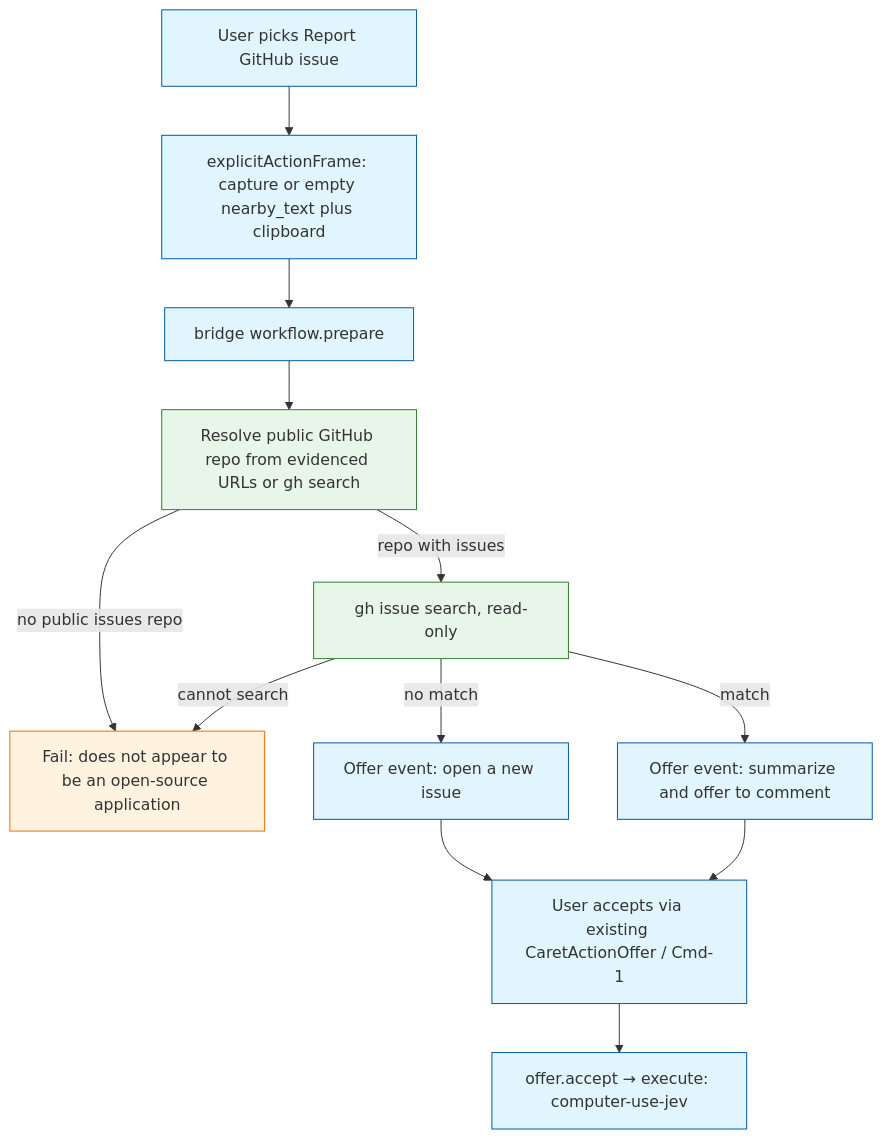
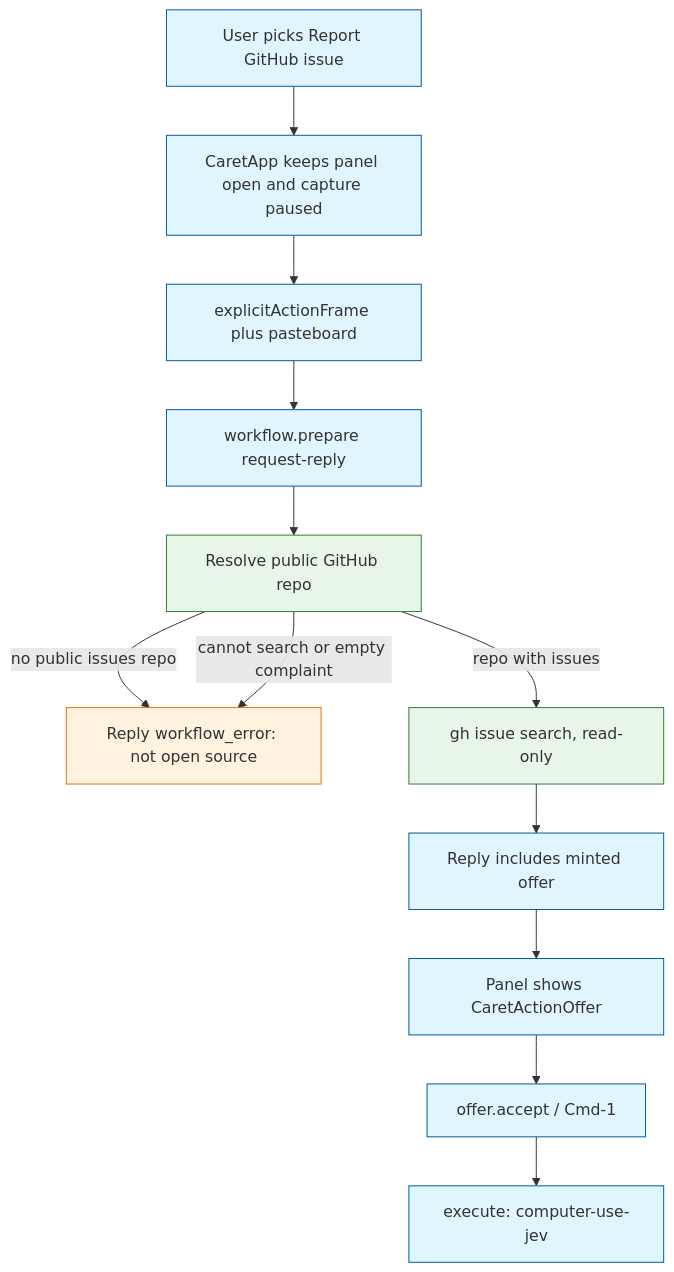
The first of 2 diagrams in memory-bank/active/tasks.md (theodorexli/Caret), drawn with Mermaid before and after one commit. The commit also changed other lines of this file and 3 other files, not shown here.

````diff
--- a/memory-bank/active/tasks.md
+++ b/memory-bank/active/tasks.md
@@ -17,18 +15,18 @@
 ```mermaid
 flowchart TD
     classDef existing fill:#e1f5fe,stroke:#01579b
     classDef local fill:#e8f5e9,stroke:#2e7d32
     classDef fail fill:#fff3e0,stroke:#ef6c00
 
-    Invoke["User picks Report GitHub issue"]:::existing --> Frame["explicitActionFrame: capture or empty nearby_text plus clipboard"]:::existing
-    Frame --> Prepare["bridge workflow.prepare"]:::existing
-    Prepare --> Resolve["Resolve public GitHub repo from evidenced URLs or gh search"]:::local
-    Resolve -->|"no public issues repo"| OssFail["Fail: does not appear to be an open-source application"]:::fail
+    Invoke["User picks Report GitHub issue"]:::existing --> Stay["CaretApp keeps panel open and capture paused"]:::existing
+    Stay --> Frame["explicitActionFrame plus pasteboard"]:::existing
+    Frame --> Prepare["workflow.prepare request-reply"]:::existing
+    Prepare --> Resolve["Resolve public GitHub repo"]:::local
+    Resolve -->|"no public issues repo"| OssFail["Reply workflow_error: not open source"]:::fail
+    Resolve -->|"cannot search or empty complaint"| OssFail
     Resolve -->|"repo with issues"| Search["gh issue search, read-only"]:::local
-    Search -->|"cannot search"| OssFail
-    Search -->|"no match"| OfferNew["Offer event: open a new issue"]:::existing
-    Search -->|"match"| OfferComment["Offer event: summarize and offer to comment"]:::existing
-    OfferNew --> Accept["User accepts via existing CaretActionOffer / Cmd-1"]:::existing
-    OfferComment --> Accept
-    Accept --> Jev["offer.accept → execute: computer-use-jev"]:::existing
+    Search --> Reply["Reply includes minted offer"]:::existing
+    Reply --> Show["Panel shows CaretActionOffer"]:::existing
+    Show --> Accept["offer.accept / Cmd-1"]:::existing
+    Accept --> Jev["execute: computer-use-jev"]:::existing
 ```
````
